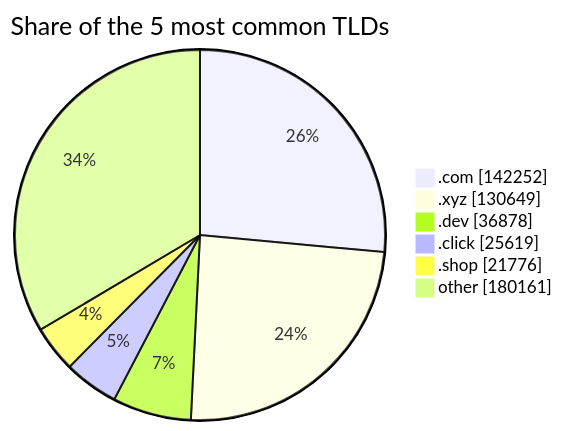
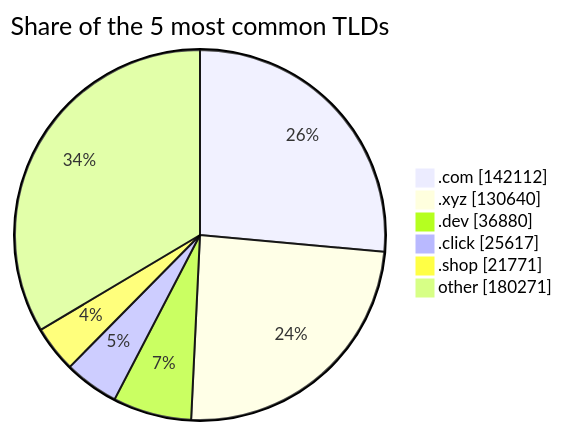
Before and after one commit to DNSBunker/CTI: the third of 3 diagrams in README.md, drawn with Mermaid. The commit also changed other lines of this file and 3 other files, not shown here.

````diff
--- a/README.md
+++ b/README.md
@@ -81,9 +81,9 @@
 ```mermaid
 pie showData title Share of the 5 most common TLDs
-    ".com" : 142252
-    ".xyz" : 130649
-    ".dev" : 36878
-    ".click" : 25619
-    ".shop" : 21776
-    "other" : 180161
+    ".com" : 142112
+    ".xyz" : 130640
+    ".dev" : 36880
+    ".click" : 25617
+    ".shop" : 21771
+    "other" : 180271
 ```
````
